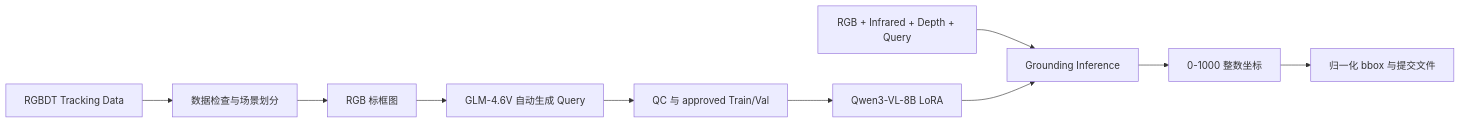
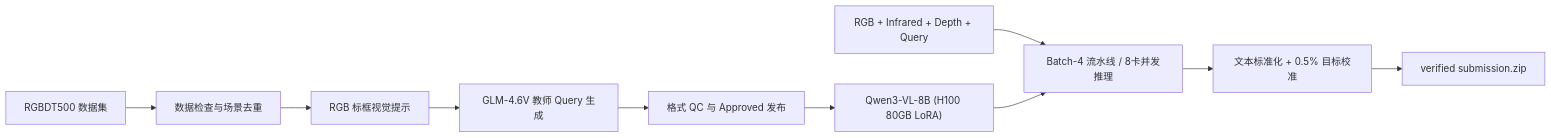
One commit to FanGou-code/aicomp-multimodal-grounding changed the diagram in README.md. Above: the diagram before and after it, drawn with Mermaid. The commit also changed other lines of this file, not shown here.

Commit message:
docs: update README.md with production H100 specs, 8-shard inference, and dual-mode deployment

````diff
--- a/README.md
+++ b/README.md
@@ -17,12 +17,12 @@
 ```mermaid
 flowchart LR
-    A["RGBDT Tracking Data"] --> B["数据检查与场景划分"]
-    B --> C["RGB 标框图"]
-    C --> D["GLM-4.6V 自动生成 Query"]
-    D --> E["QC 与 approved Train/Val"]
-    E --> F["Qwen3-VL-8B LoRA"]
-    G["RGB + Infrared + Depth + Query"] --> H["Grounding Inference"]
+    A["RGBDT500 数据集"] --> B["数据检查与场景去重"]
+    B --> C["RGB 标框视觉提示"]
+    C --> D["GLM-4.6V 教师 Query 生成"]
+    D --> E["格式 QC 与 Approved 发布"]
+    E --> F["Qwen3-VL-8B (H100 80GB LoRA)"]
+    G["RGB + Infrared + Depth + Query"] --> H["Batch-4 流水线 / 8卡并发推理"]
     F --> H
-    H --> I["0-1000 整数坐标"]
-    I --> J["归一化 bbox 与提交文件"]
+    H --> I["文本标准化 + 0.5% 目标校准"]
+    I --> J["verified submission.zip"]
 ```
````
